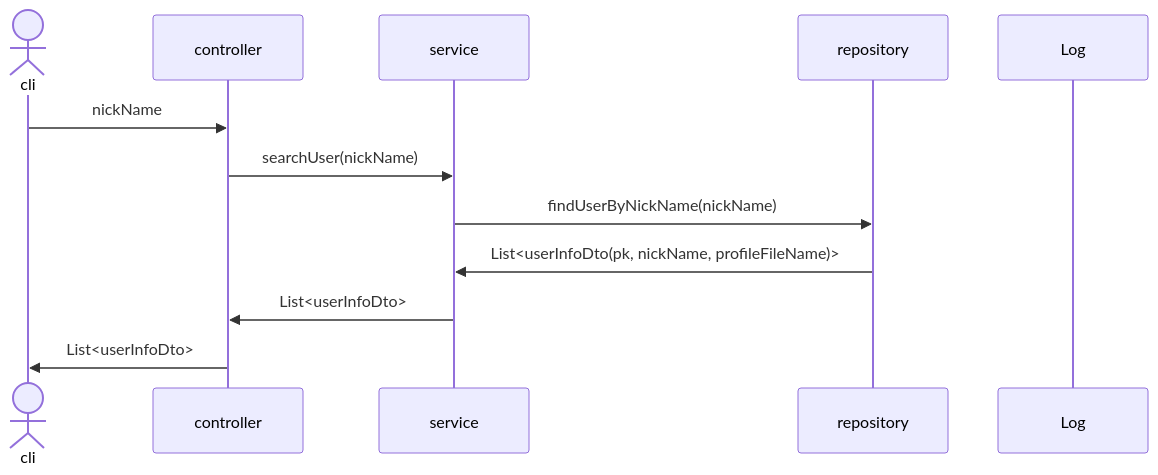
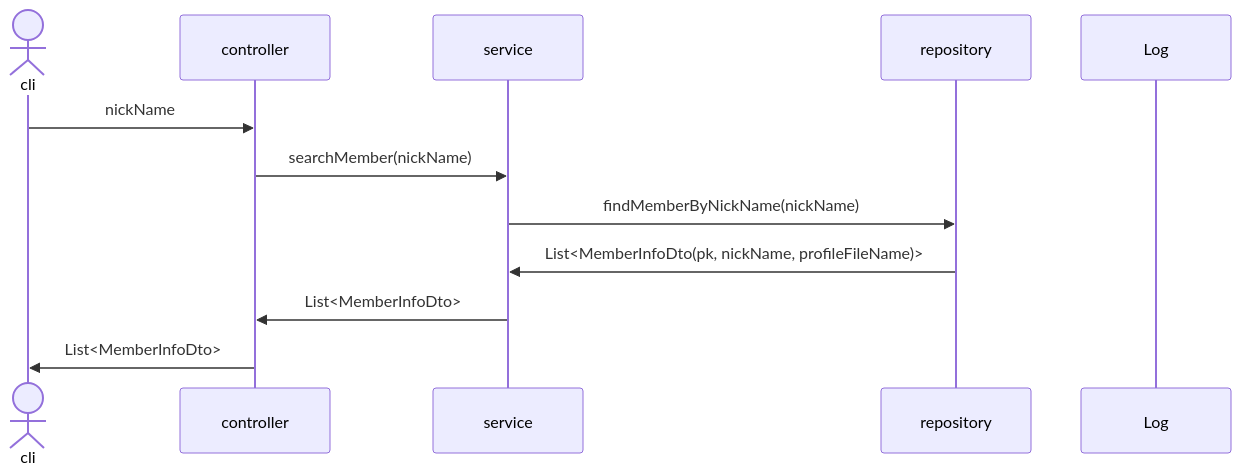
The ninth of 28 diagrams in sequence.md (mtak0235/snsX), drawn with Mermaid before and after one commit. The commit also changed other lines of this file, not shown here.

Commit message:
update user -> member & savePost sequence diagram

````diff
--- a/sequence.md
+++ b/sequence.md
@@ -160,15 +160,15 @@
 ```mermaid
 sequenceDiagram
 actor cli
 participant c as controller
 participant s as service
 participant r as repository
 participant l as Log
 
 cli->>c: nickName
-c->>s: searchUser(nickName)
-s->>r: findUserByNickName(nickName)
-r->>s: List<userInfoDto(pk, nickName, profileFileName)>
-s->>c: List<userInfoDto>
-c->>cli: List<userInfoDto>
+c->>s: searchMember(nickName)
+s->>r: findMemberByNickName(nickName)
+r->>s: List<MemberInfoDto(pk, nickName, profileFileName)>
+s->>c: List<MemberInfoDto>
+c->>cli: List<MemberInfoDto>
 ```
````
